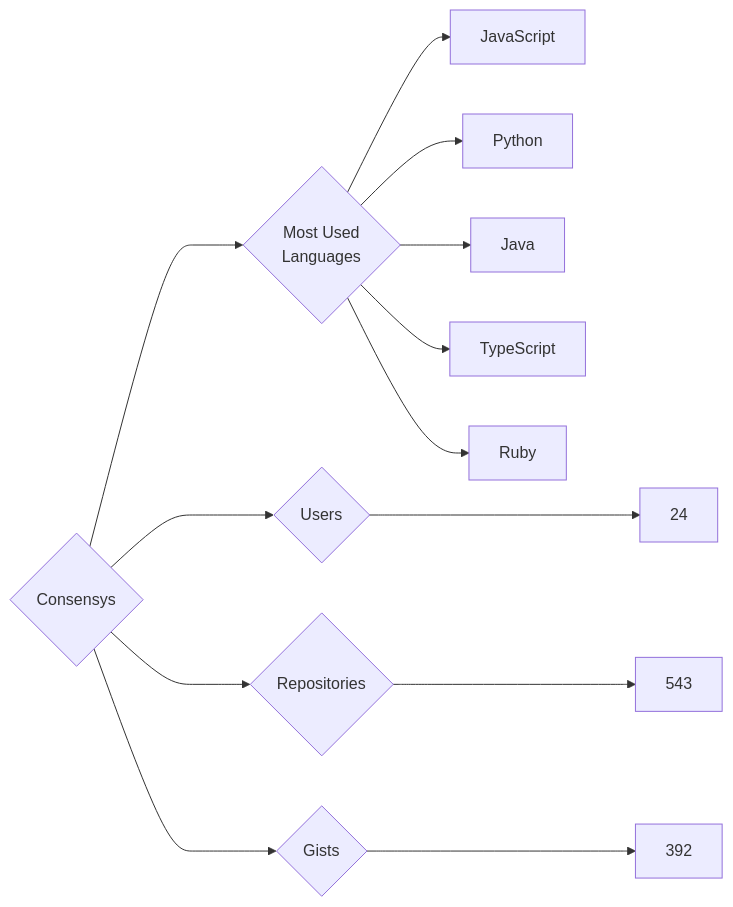
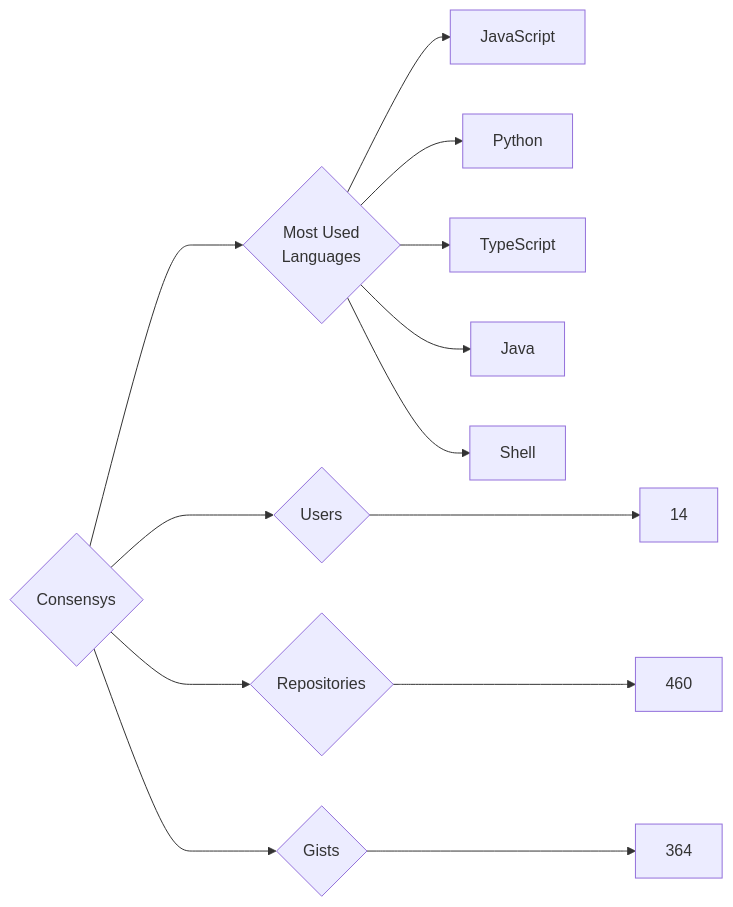
The diagram in targets/Consensys/README.md (trickest/insiders), drawn with Mermaid before and after one commit. The commit also changed 951 other files, not shown here.

````diff
--- a/targets/Consensys/README.md
+++ b/targets/Consensys/README.md
@@ -3,13 +3,13 @@
 ```mermaid
 graph LR
 COMPANY_NAME{Consensys}
-COMPANY_NAME ---> U{Users} ---> UN[24]
-COMPANY_NAME ---> R{Repositories} ---> RN[543]
-COMPANY_NAME ---> G{Gists} ---> GN[392]
+COMPANY_NAME ---> U{Users} ---> UN[14]
+COMPANY_NAME ---> R{Repositories} ---> RN[460]
+COMPANY_NAME ---> G{Gists} ---> GN[364]
 COMPANY_NAME ---> ML{Most Used<br>Languages}
-ML --> JavaScript
-ML --> Python
-ML --> Java
-ML --> TypeScript
-ML --> Ruby
+ML --> JavaScript[JavaScript]
+ML --> Python[Python]
+ML --> TypeScript[TypeScript]
+ML --> Java[Java]
+ML --> Shell[Shell]
 ```
````
